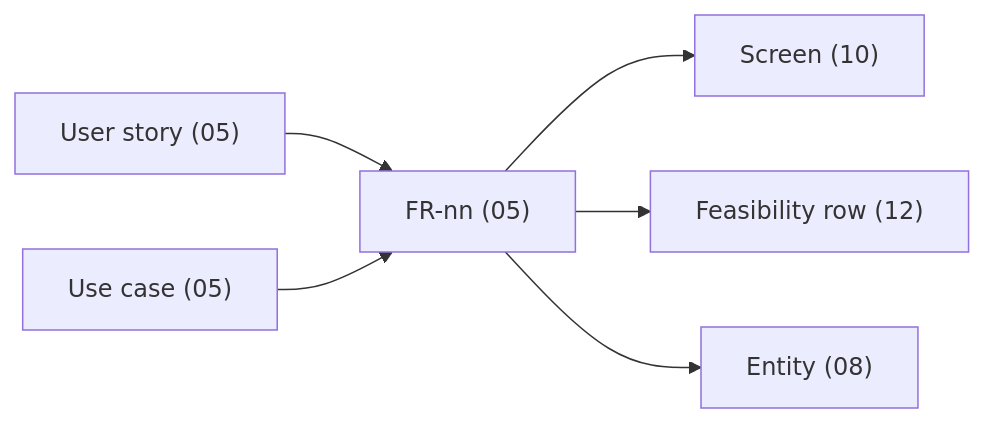
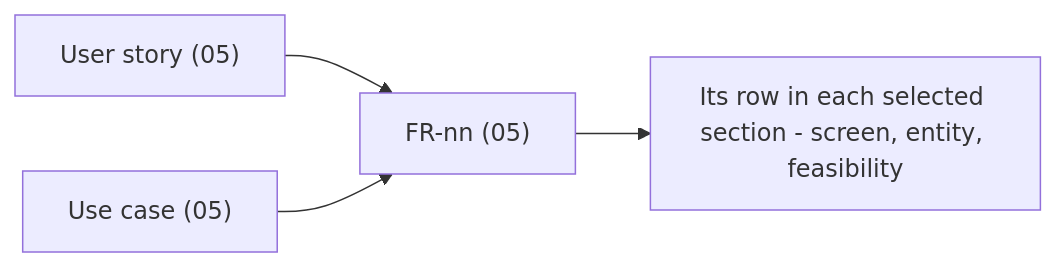
One commit to nguyenhx2/agent-harness-bootstrap changed the diagram in spec-builder/assets/specs/README.md. Above: the diagram before and after it, drawn with Mermaid. The commit also changed other lines of this file and 136 other files, not shown here.

First line of the commit message:
v1.8.0: fitted roster, harness graph and viewer, runtime toggles, selective specs (#3)

````diff
--- a/spec-builder/assets/specs/README.md
+++ b/spec-builder/assets/specs/README.md
@@ -71,8 +79,6 @@
 ```mermaid
 flowchart LR
   US["User story (05)"] --> FR["FR-nn (05)"]
   UC["Use case (05)"] --> FR
-  FR --> SCR["Screen (10)"]
-  FR --> FEAS["Feasibility row (12)"]
-  FR --> DATA["Entity (08)"]
+  FR --> HOME["Its row in each selected section - screen, entity, feasibility"]
 ```
````
